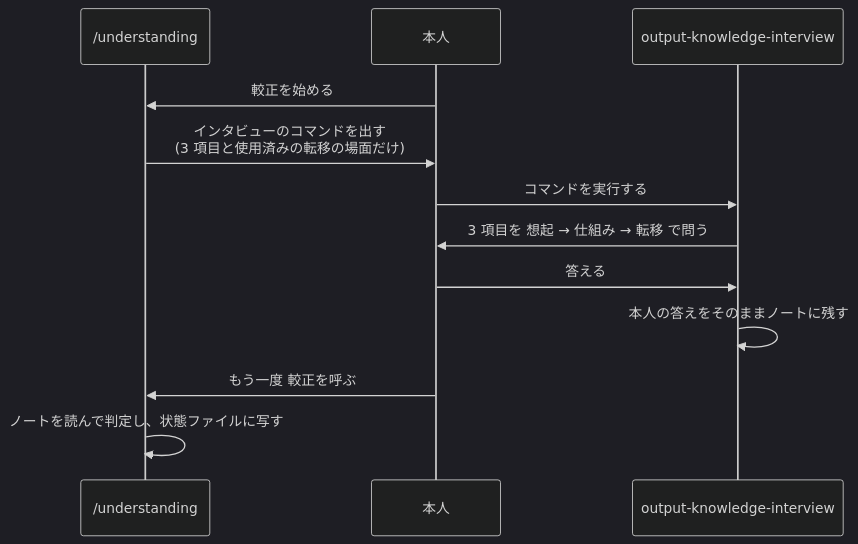
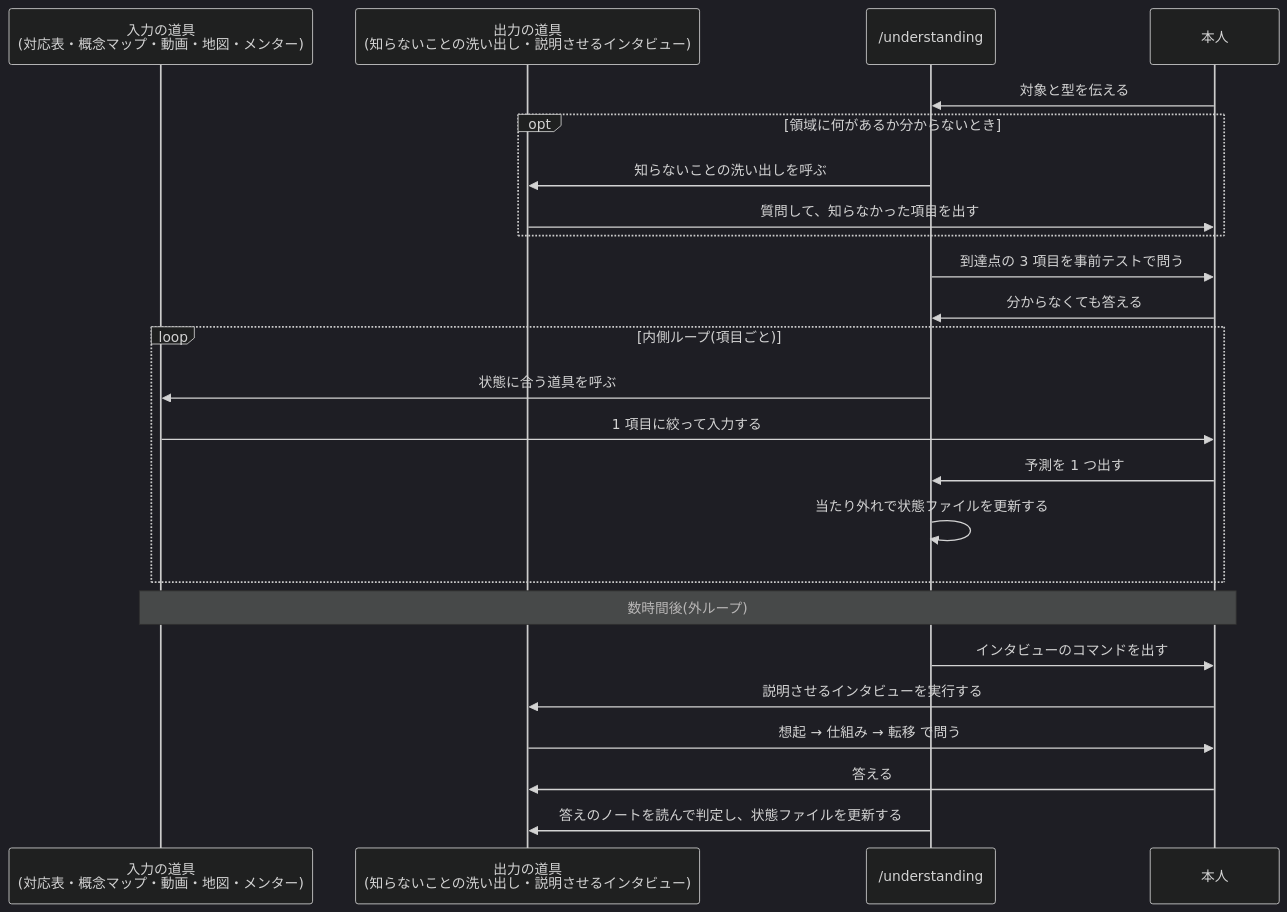
The second of 2 diagrams in src/content/blog/understanding-framework.md (kimuchanman/kimuchanman.github.io), drawn with Mermaid (dark theme) before and after one commit. The commit also changed other lines of this file, not shown here.

Commit message:
Understanding post: widen the loop diagram to show the input and output tools behind /understanding

````diff
--- a/src/content/blog/understanding-framework.md
+++ b/src/content/blog/understanding-framework.md
@@ -197,14 +197,26 @@
 ```mermaid
 sequenceDiagram
+  participant T as 入力の道具<br/>(対応表・概念マップ・動画・地図・メンター)
+  participant O as 出力の道具<br/>(知らないことの洗い出し・説明させるインタビュー)
   participant U as /understanding
   participant H as 本人
-  participant I as output-knowledge-interview
-  H->>U: 較正を始める
-  U->>H: インタビューのコマンドを出す<br/>(3 項目と使用済みの転移の場面だけ)
-  H->>I: コマンドを実行する
-  I->>H: 3 項目を 想起 → 仕組み → 転移 で問う
-  H->>I: 答える
-  I->>I: 本人の答えをそのままノートに残す
-  H->>U: もう一度 較正を呼ぶ
-  U->>U: ノートを読んで判定し、状態ファイルに写す
+  H->>U: 対象と型を伝える
+  opt 領域に何があるか分からないとき
+    U->>O: 知らないことの洗い出しを呼ぶ
+    O->>H: 質問して、知らなかった項目を出す
+  end
+  U->>H: 到達点の 3 項目を事前テストで問う
+  H->>U: 分からなくても答える
+  loop 内側ループ(項目ごと)
+    U->>T: 状態に合う道具を呼ぶ
+    T->>H: 1 項目に絞って入力する
+    H->>U: 予測を 1 つ出す
+    U->>U: 当たり外れで状態ファイルを更新する
+  end
+  Note over T,H: 数時間後(外ループ)
+  U->>H: インタビューのコマンドを出す
+  H->>O: 説明させるインタビューを実行する
+  O->>H: 想起 → 仕組み → 転移 で問う
+  H->>O: 答える
+  U->>O: 答えのノートを読んで判定し、状態ファイルを更新する
 ```
````
